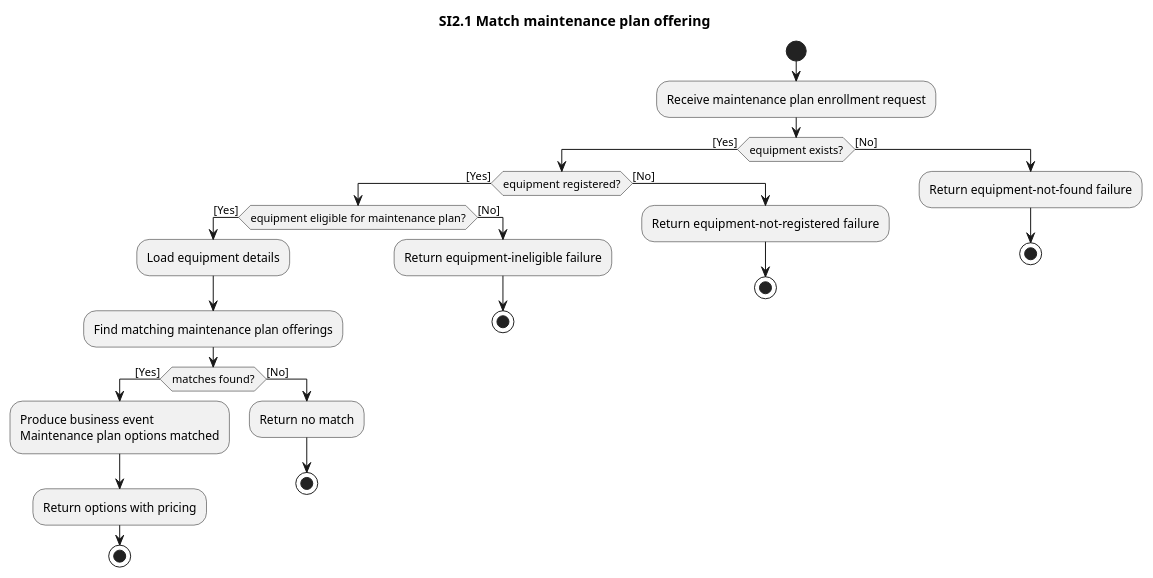
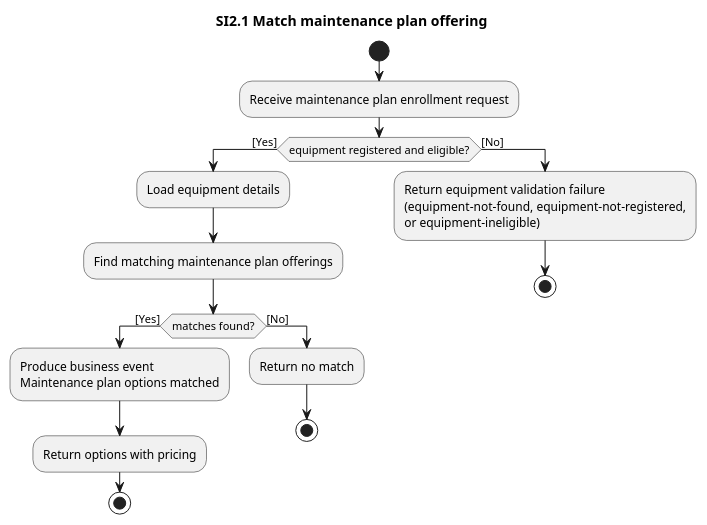
The diagram in docs/project/P2/business/system-interactions/diagrams/si2.1-match-maintenance-plan-offering.pu (ottolote/fixme), drawn with PlantUML before and after one commit. The commit also changed 25 other files, not shown here.

```diff
--- a/docs/project/P2/business/system-interactions/diagrams/si2.1-match-maintenance-plan-offering.pu
+++ b/docs/project/P2/business/system-interactions/diagrams/si2.1-match-maintenance-plan-offering.pu
@@ -1,35 +1,27 @@
 @startuml si2.1-match-maintenance-plan-offering
 title SI2.1 Match maintenance plan offering
 
 start
 :Receive maintenance plan enrollment request;
 
-if (equipment exists?) then ([Yes])
-  if (equipment registered?) then ([Yes])
-    if (equipment eligible for maintenance plan?) then ([Yes])
-      :Load equipment details;
-      :Find matching maintenance plan offerings;
+if (equipment registered and eligible?) then ([Yes])
+  :Load equipment details;
+  :Find matching maintenance plan offerings;
 
-      if (matches found?) then ([Yes])
-        :Produce business event
+  if (matches found?) then ([Yes])
+    :Produce business event
 Maintenance plan options matched; <<sendSignal>>
-        :Return options with pricing;
-        stop
-      else ([No])
-        :Return no match;
-        stop
-      endif
-    else ([No])
-      :Return equipment-ineligible failure;
-      stop
-    endif
+    :Return options with pricing;
+    stop
   else ([No])
-    :Return equipment-not-registered failure;
+    :Return no match;
     stop
   endif
 else ([No])
-  :Return equipment-not-found failure;
+  :Return equipment validation failure
+(equipment-not-found, equipment-not-registered,
+or equipment-ineligible);
   stop
 endif
 
 @enduml
```
